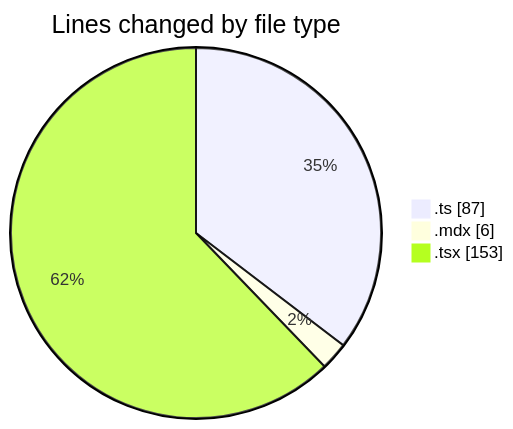
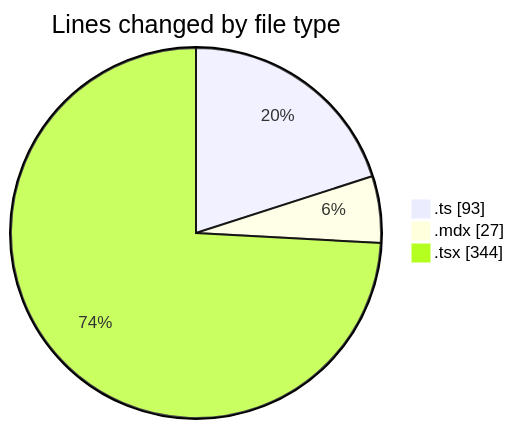
The first of 2 diagrams in 2025-05-25/elitesun/README.md (Elitesun/code-tracking), drawn with Mermaid before and after one commit. The commit also changed other lines of this file and 1 other file, not shown here.

````diff
--- a/2025-05-25/elitesun/README.md
+++ b/2025-05-25/elitesun/README.md
@@ -24,7 +26,7 @@
 ```mermaid
 pie showData
 title Lines changed by file type
-".ts" : 87
-".mdx" : 6
-".tsx" : 153
+".ts" : 93
+".mdx" : 27
+".tsx" : 344
 ```
````
